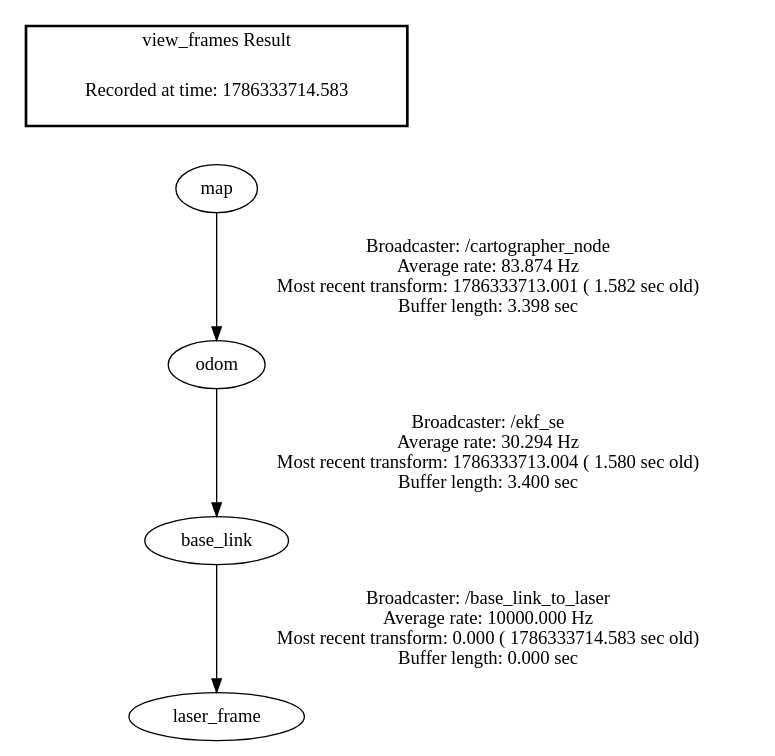
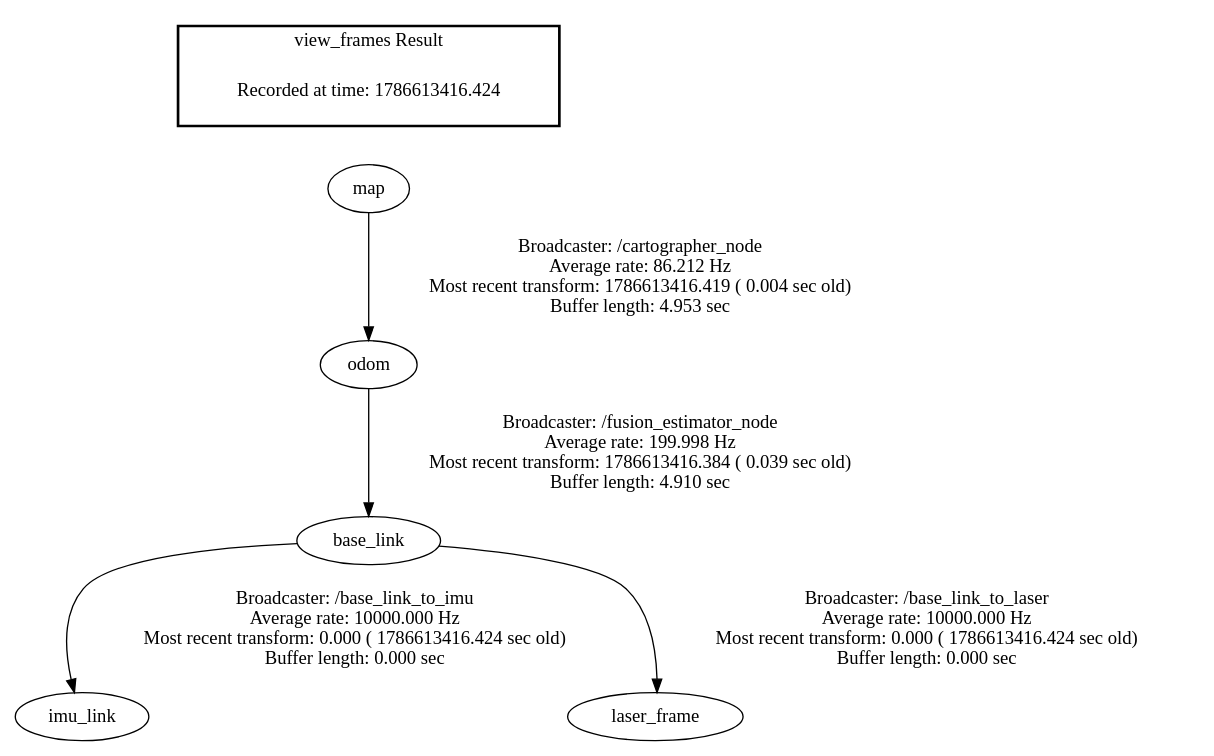
One commit to 2022090914028ysr-dotcom/rk3588 changed the diagram in NavOA_ws/frames.gv. Above: the diagram before and after it, drawn with Graphviz. The commit also changed 32 other files, not shown here.

Commit message:
leg odom fixed, carto map frame jump remains

```diff
--- a/NavOA_ws/frames.gv
+++ b/NavOA_ws/frames.gv
@@ -1,9 +1,10 @@
 digraph G {
-"base_link" -> "laser_frame"[label="Broadcaster: /base_link_to_laser\nAverage rate: 10000.000 Hz\nMost recent transform: 0.000 ( 1786333714.583 sec old)\nBuffer length: 0.000 sec\n"];
-"odom" -> "base_link"[label="Broadcaster: /ekf_se\nAverage rate: 30.294 Hz\nMost recent transform: 1786333713.004 ( 1.580 sec old)\nBuffer length: 3.400 sec\n"];
-"map" -> "odom"[label="Broadcaster: /cartographer_node\nAverage rate: 83.874 Hz\nMost recent transform: 1786333713.001 ( 1.582 sec old)\nBuffer length: 3.398 sec\n"];
+"base_link" -> "imu_link"[label="Broadcaster: /base_link_to_imu\nAverage rate: 10000.000 Hz\nMost recent transform: 0.000 ( 1786613416.424 sec old)\nBuffer length: 0.000 sec\n"];
+"odom" -> "base_link"[label="Broadcaster: /fusion_estimator_node\nAverage rate: 199.998 Hz\nMost recent transform: 1786613416.384 ( 0.039 sec old)\nBuffer length: 4.910 sec\n"];
+"base_link" -> "laser_frame"[label="Broadcaster: /base_link_to_laser\nAverage rate: 10000.000 Hz\nMost recent transform: 0.000 ( 1786613416.424 sec old)\nBuffer length: 0.000 sec\n"];
+"map" -> "odom"[label="Broadcaster: /cartographer_node\nAverage rate: 86.212 Hz\nMost recent transform: 1786613416.419 ( 0.004 sec old)\nBuffer length: 4.953 sec\n"];
 edge [style=invis];
  subgraph cluster_legend { style=bold; color=black; label ="view_frames Result";
-"Recorded at time: 1786333714.583"[ shape=plaintext ] ;
+"Recorded at time: 1786613416.424"[ shape=plaintext ] ;
  }->"map";
 }
```
